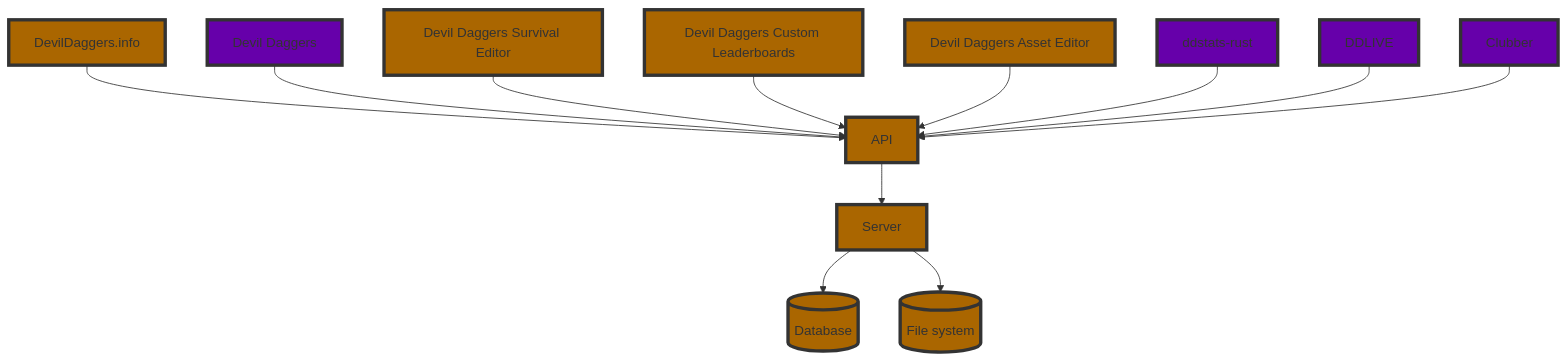
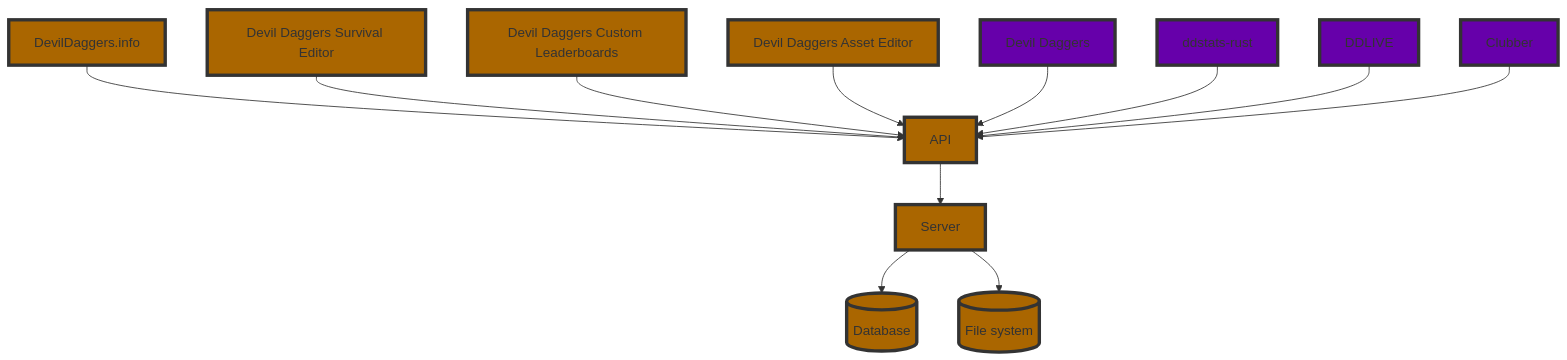
The second of 2 diagrams in docs/architecture.md (NoahStolk/ddinfo-web), drawn with Mermaid before and after one commit. The commit also changed other lines of this file, not shown here.

````diff
--- a/docs/architecture.md
+++ b/docs/architecture.md
@@ -92,36 +105,36 @@
 ```mermaid
 flowchart TD;
 
     database[(Database)]
     filesystem[(File system)]
     server[Server]
     api[API]
 	devildaggersinfo[DevilDaggers.info]
     devildaggers[Devil Daggers]
     ddse[Devil Daggers Survival Editor]
     ddcl[Devil Daggers Custom Leaderboards]
     ddae[Devil Daggers Asset Editor]
     ddstatsrust[ddstats-rust]
     ddlive[DDLIVE]
     clubber[Clubber]
 	
 	class database,filesystem,server,api,devildaggersinfo,ddse,ddcl,ddae ddinfo;
 	class devildaggers,ddstatsrust,ddlive,clubber external;
 
     classDef ddinfo fill:#a60,stroke:#333,stroke-width:4px;
     classDef external fill:#60a,stroke:#333,stroke-width:4px;
 	
 	server --> database
 	server --> filesystem
 
 	api --> server
 
 	devildaggersinfo --> api
-	devildaggers --> api
 	ddse --> api
 	ddcl --> api
 	ddae --> api
+	devildaggers --> api
 	ddstatsrust --> api
 	ddlive --> api
 	clubber --> api
 ```
````
